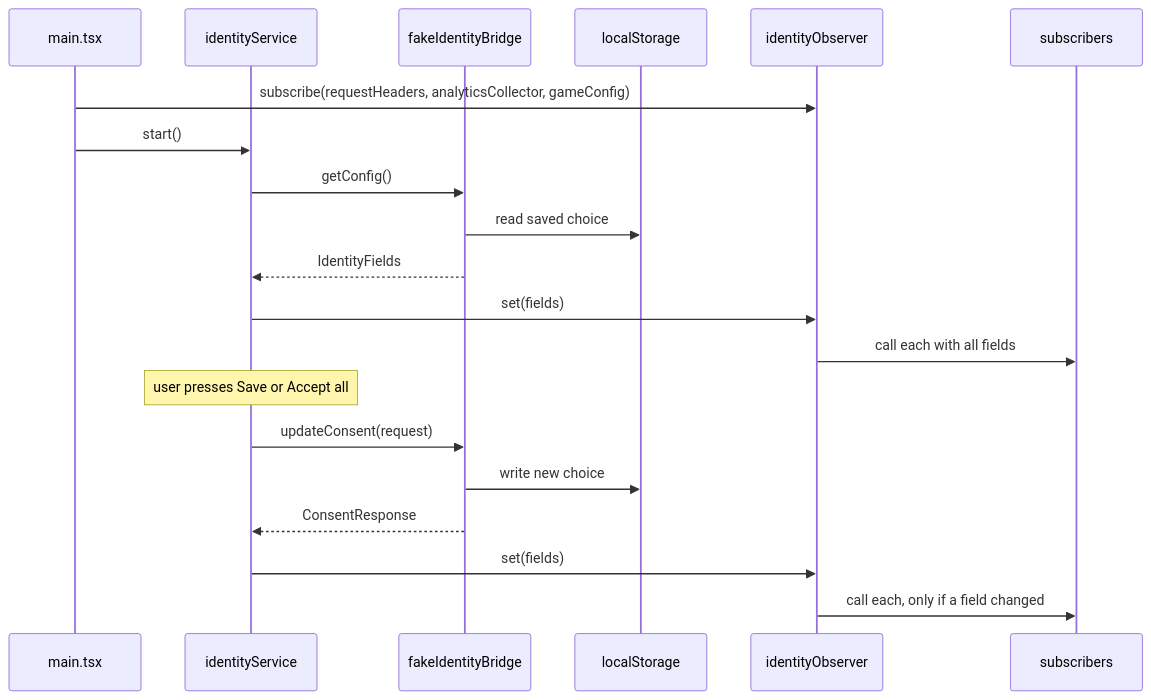
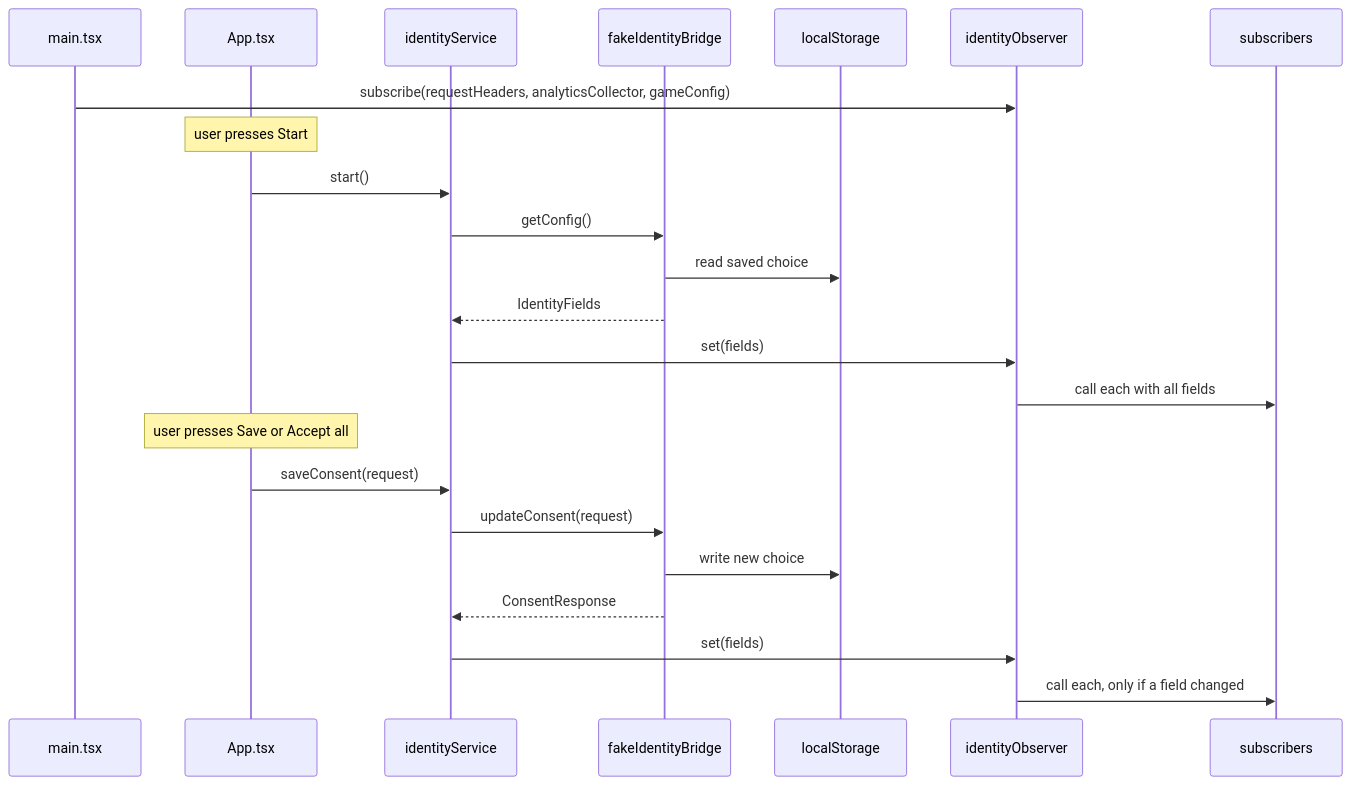
The first of 2 diagrams in playground/app/docs/features/identity-tracking-consent/en/spec.md (fedorovsky/docs), drawn with Mermaid before and after one commit. The commit also changed other lines of this file and 7 other files, not shown here.

````diff
--- a/playground/app/docs/features/identity-tracking-consent/en/spec.md
+++ b/playground/app/docs/features/identity-tracking-consent/en/spec.md
@@ -32,22 +32,25 @@
 ```mermaid
 sequenceDiagram
   participant Main as main.tsx
+  participant App as App.tsx
   participant Service as identityService
   participant Bridge as fakeIdentityBridge
   participant Storage as localStorage
   participant Observer as identityObserver
   participant Subs as subscribers
   Main->>Observer: subscribe(requestHeaders, analyticsCollector, gameConfig)
-  Main->>Service: start()
+  Note over App: user presses Start
+  App->>Service: start()
   Service->>Bridge: getConfig()
   Bridge->>Storage: read saved choice
   Bridge-->>Service: IdentityFields
   Service->>Observer: set(fields)
   Observer->>Subs: call each with all fields
-  Note over Service: user presses Save or Accept all
+  Note over App: user presses Save or Accept all
+  App->>Service: saveConsent(request)
   Service->>Bridge: updateConsent(request)
   Bridge->>Storage: write new choice
   Bridge-->>Service: ConsentResponse
   Service->>Observer: set(fields)
   Observer->>Subs: call each, only if a field changed
 ```
````
